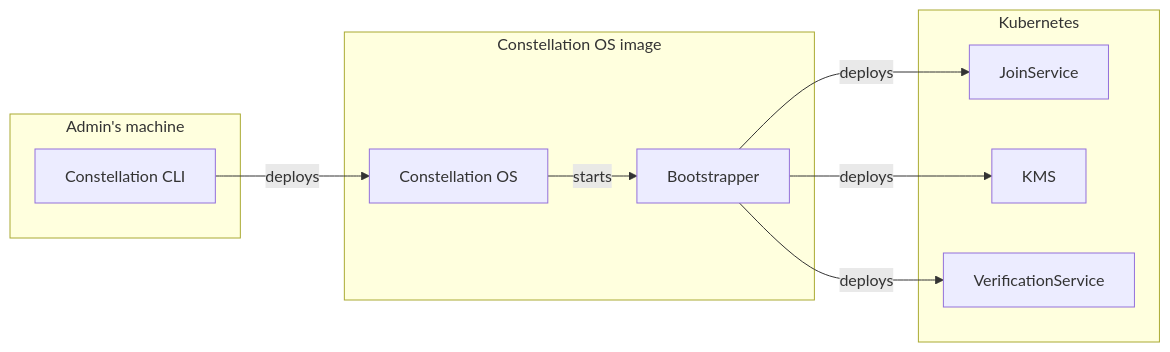
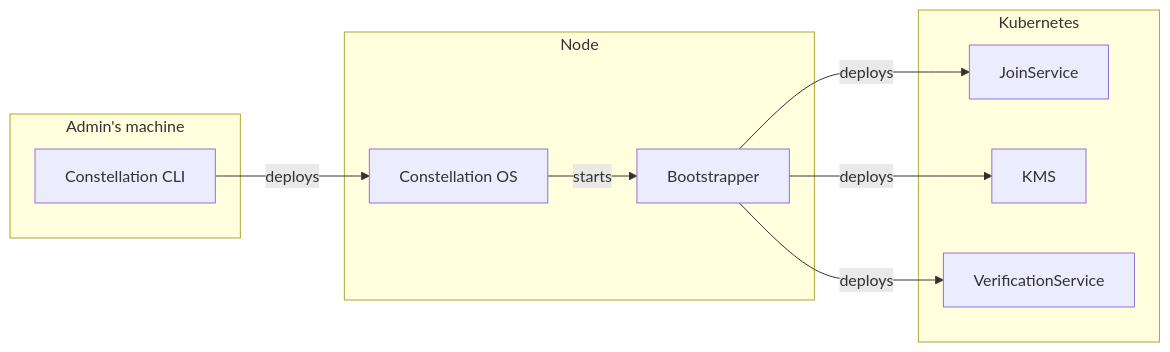
One commit to edgelesssys/constellation changed the first of 2 diagrams in docs/versioned_docs/version-2.2/architecture/components.md. Above: the diagram before and after it, drawn with Mermaid.

````diff
--- a/docs/versioned_docs/version-2.2/architecture/components.md
+++ b/docs/versioned_docs/version-2.2/architecture/components.md
@@ -14,20 +14,20 @@
 ```mermaid
 flowchart LR
     subgraph admin [Admin's machine]
         A[Constellation CLI]
     end
-    subgraph img [Constellation OS image]
+    subgraph img [Node]
         B[Constellation OS]
         C[Bootstrapper]
     end
     subgraph Kubernetes
         D[JoinService]
         E[KMS]
         F[VerificationService]
     end
     A -- deploys -->
     B -- starts --> C
     C -- deploys --> D
     C -- deploys --> E
     C -- deploys --> F
 ```
````
